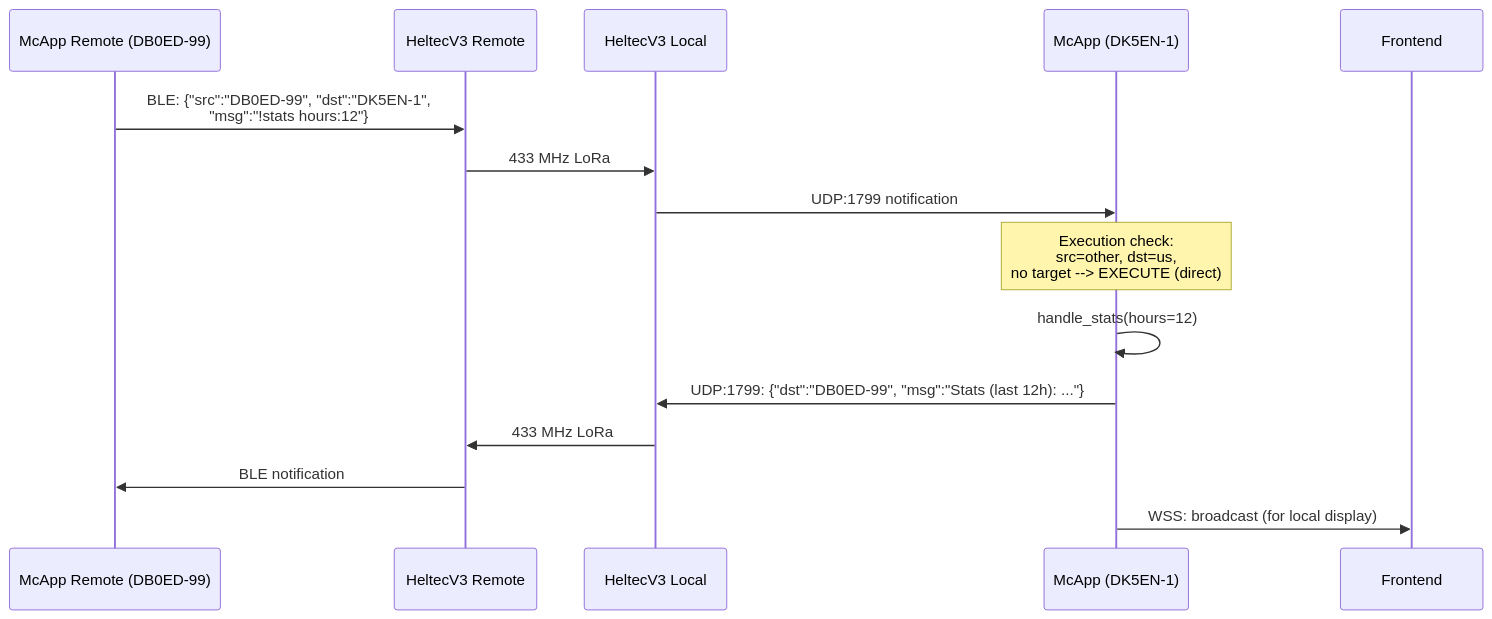
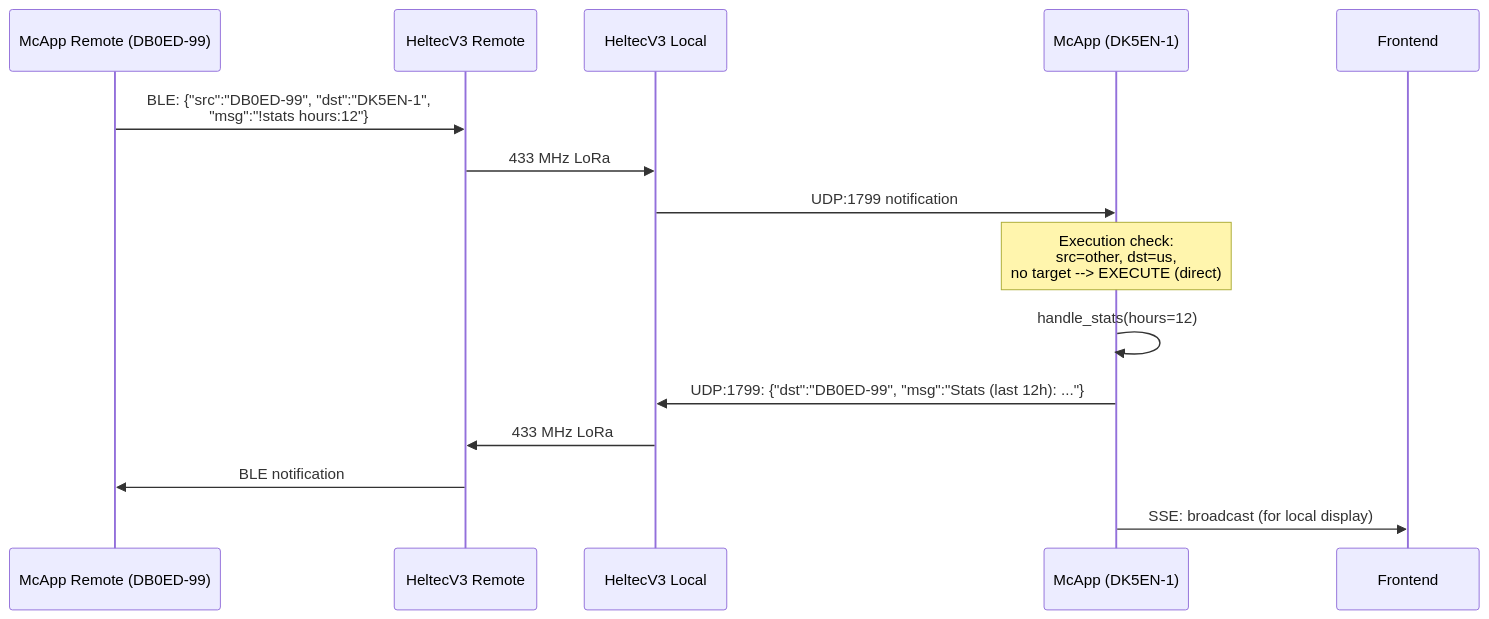
One commit to DK5EN/McApp changed the fifth of 7 diagrams in doc/command-if.md. Above: the diagram before and after it, drawn with Mermaid. The commit also changed other lines of this file and 24 other files, not shown here.

````diff
--- a/doc/command-if.md
+++ b/doc/command-if.md
@@ -550,18 +550,18 @@
 ```mermaid
 sequenceDiagram
     participant MR as McApp Remote (DB0ED-99)
     participant HR as HeltecV3 Remote
     participant HL as HeltecV3 Local
     participant MC as McApp (DK5EN-1)
     participant FE as Frontend
 
     MR->>HR: BLE: {"src":"DB0ED-99", "dst":"DK5EN-1",<br/>"msg":"!stats hours:12"}
     HR->>HL: 433 MHz LoRa
     HL->>MC: UDP:1799 notification
     Note over MC: Execution check:<br/>src=other, dst=us,<br/>no target --> EXECUTE (direct)
     MC->>MC: handle_stats(hours=12)
     MC->>HL: UDP:1799: {"dst":"DB0ED-99", "msg":"Stats (last 12h): ..."}
     HL->>HR: 433 MHz LoRa
     HR->>MR: BLE notification
-    MC->>FE: WSS: broadcast (for local display)
+    MC->>FE: SSE: broadcast (for local display)
 ```
````
